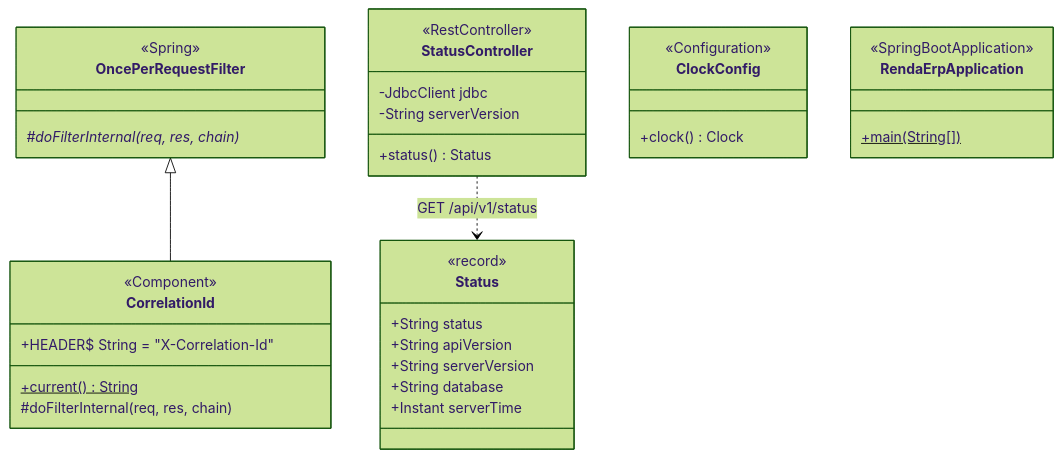
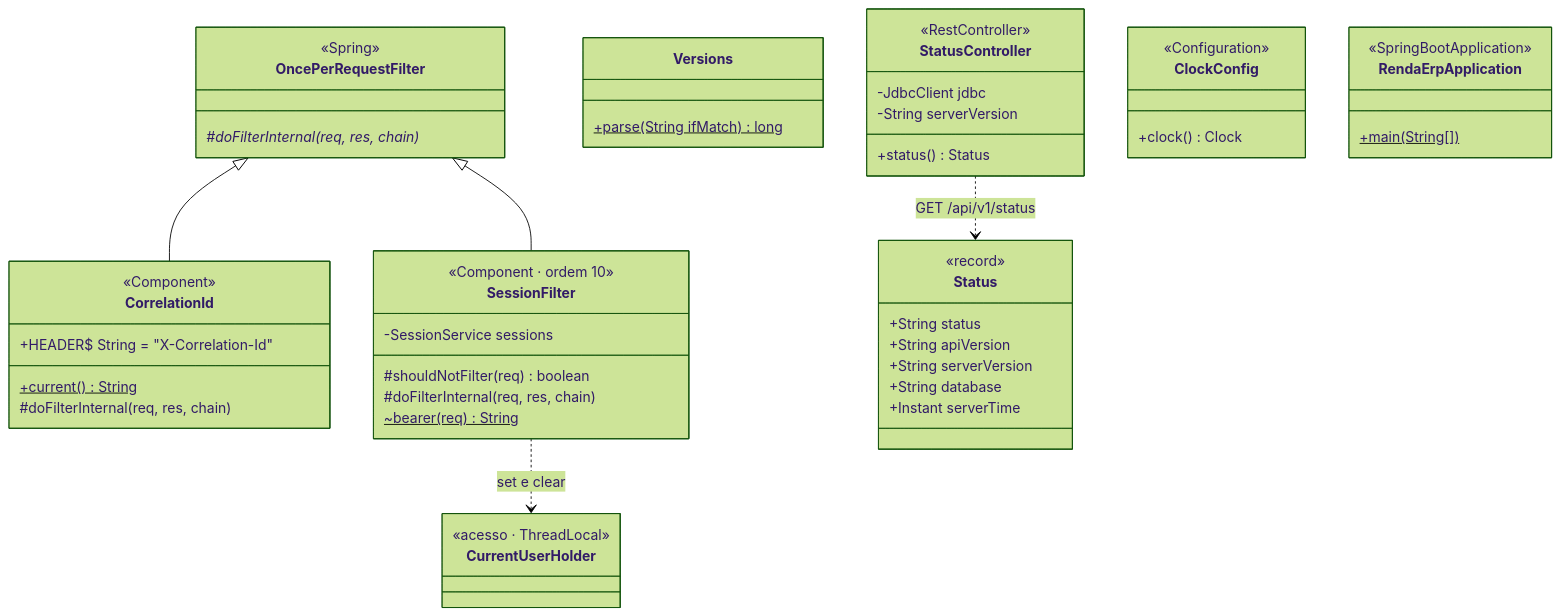
Before and after one commit to edsoncorralxxx-ui/ERP: the fourth of 16 diagrams in docs/backend/17-diagramas-de-classes-e-padroes.md, drawn with Mermaid (forest theme). The commit also changed other lines of this file and 8 other files, not shown here.

First line of the commit message:
Diagramas atualizados para a Sprint 2 e diagramas do sistema completo

````diff
--- a/docs/backend/17-diagramas-de-classes-e-padroes.md
+++ b/docs/backend/17-diagramas-de-classes-e-padroes.md
@@ -194,37 +218,52 @@
 ```mermaid
 classDiagram
     class OncePerRequestFilter {
         <<Spring>>
         #doFilterInternal(req, res, chain)*
     }
     class CorrelationId {
         <<Component>>
         +HEADER$ String = "X-Correlation-Id"
         +current()$ String
         #doFilterInternal(req, res, chain)
+    }
+    class SessionFilter {
+        <<Component · ordem 10>>
+        -SessionService sessions
+        #shouldNotFilter(req) boolean
+        #doFilterInternal(req, res, chain)
+        ~bearer(req)$ String
+    }
+    class Versions {
+        +parse(String ifMatch)$ long
     }
     class StatusController {
         <<RestController>>
         -JdbcClient jdbc
         -String serverVersion
         +status() Status
     }
     class Status {
         <<record>>
         +String status
         +String apiVersion
         +String serverVersion
         +String database
         +Instant serverTime
     }
     class ClockConfig {
         <<Configuration>>
         +clock() Clock
     }
     class RendaErpApplication {
         <<SpringBootApplication>>
         +main(String[])$
     }
     OncePerRequestFilter <|-- CorrelationId
+    OncePerRequestFilter <|-- SessionFilter
+    SessionFilter ..> CurrentUserHolder : set e clear
+    class CurrentUserHolder {
+        <<acesso · ThreadLocal>>
+    }
     StatusController ..> Status : GET /api/v1/status
 ```
````
